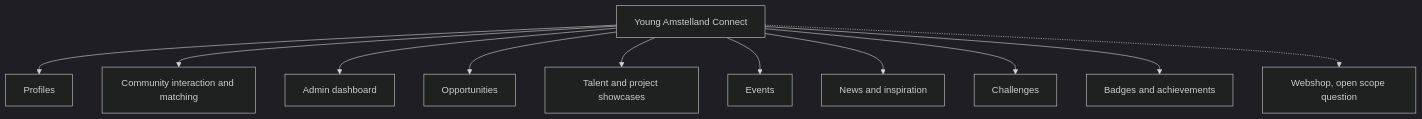
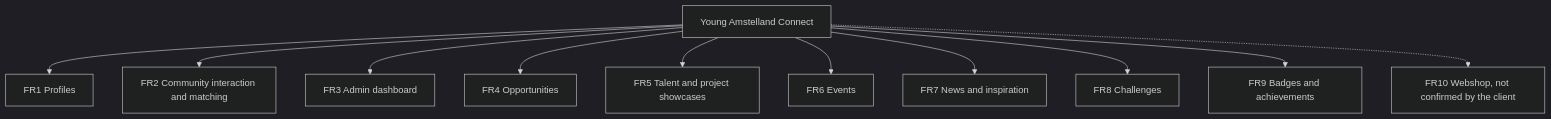
The first of 2 diagrams in docs/project/requirements.md (guruITA/connect-nine), drawn with Mermaid (dark theme) before and after one commit. The commit also changed other lines of this file and 21 other files, not shown here.

````diff
--- a/docs/project/requirements.md
+++ b/docs/project/requirements.md
@@ -31,14 +36,14 @@
 ```mermaid
 flowchart TD
     Platform[Young Amstelland Connect]
-    Platform --> Profiles[Profiles]
-    Platform --> Matching[Community interaction and matching]
-    Platform --> Admin[Admin dashboard]
-    Platform --> Opportunities[Opportunities]
-    Platform --> Showcases[Talent and project showcases]
-    Platform --> Events[Events]
-    Platform --> News[News and inspiration]
-    Platform --> Challenges[Challenges]
-    Platform --> Badges[Badges and achievements]
-    Platform -.-> Webshop[Webshop, open scope question]
+    Platform --> Profiles[FR1 Profiles]
+    Platform --> Matching[FR2 Community interaction and matching]
+    Platform --> Admin[FR3 Admin dashboard]
+    Platform --> Opportunities[FR4 Opportunities]
+    Platform --> Showcases[FR5 Talent and project showcases]
+    Platform --> Events[FR6 Events]
+    Platform --> News[FR7 News and inspiration]
+    Platform --> Challenges[FR8 Challenges]
+    Platform --> Badges[FR9 Badges and achievements]
+    Platform -.-> Webshop[FR10 Webshop, not confirmed by the client]
 ```
````
